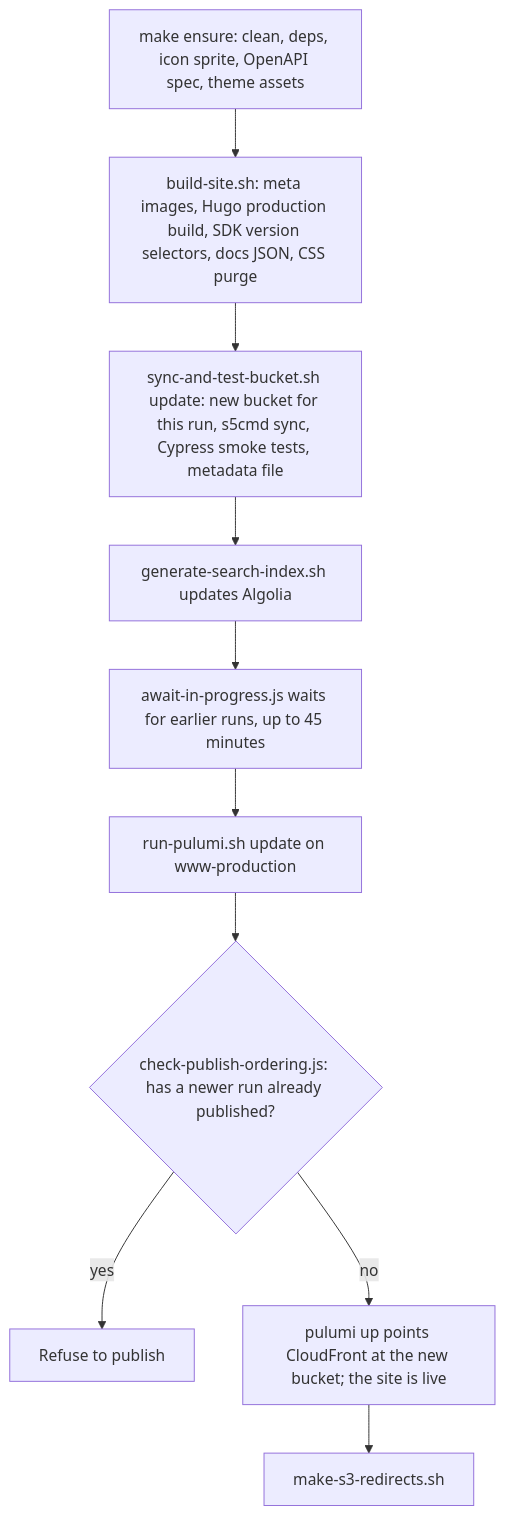
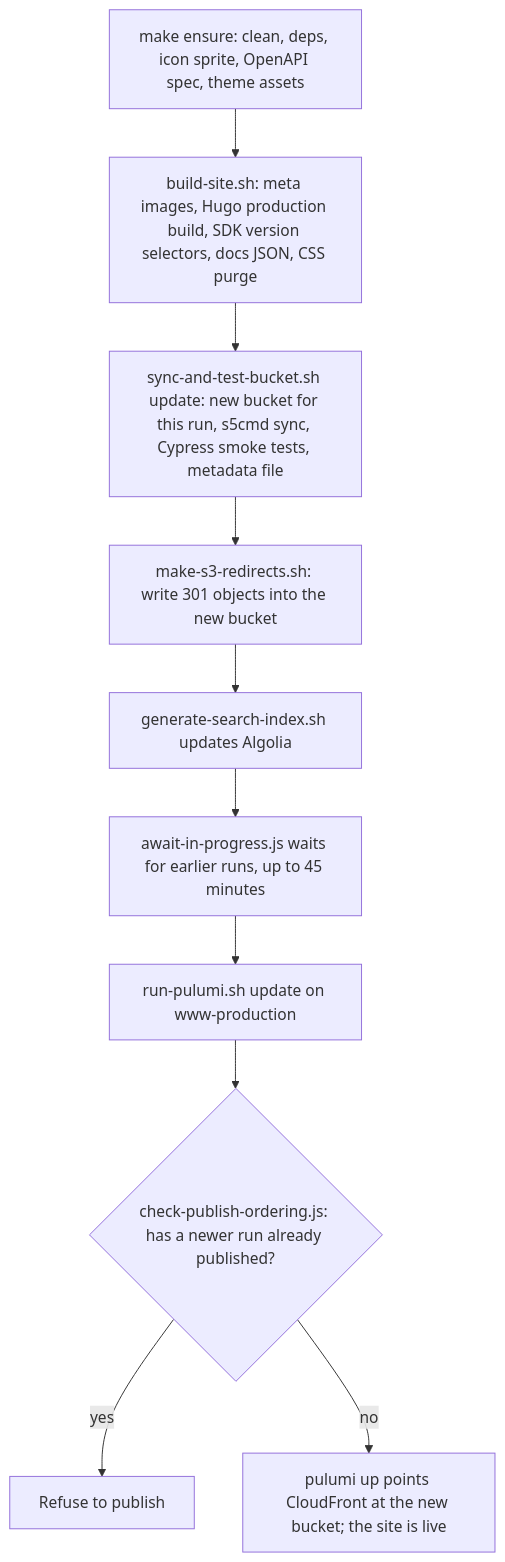
One commit to pulumi/docs changed the third of 9 diagrams in BUILD-AND-DEPLOY.md. Above: the diagram before and after it, drawn with Mermaid. The commit also changed 2 other files, not shown here.

Commit message:
Create S3 redirect objects before CloudFront switches to the new bucket

````diff
--- a/BUILD-AND-DEPLOY.md
+++ b/BUILD-AND-DEPLOY.md
@@ -1122,12 +1122,12 @@
 ```mermaid
 flowchart TD
   EN["`make ensure: clean, deps, icon sprite, OpenAPI spec, theme assets`"] --> BS["`build-site.sh: meta images, Hugo production build, SDK version selectors, docs JSON, CSS purge`"]
   BS --> SY["`sync-and-test-bucket.sh update: new bucket for this run, s5cmd sync, Cypress smoke tests, metadata file`"]
-  SY --> SI["`generate-search-index.sh updates Algolia`"]
+  SY --> RD["`make-s3-redirects.sh: write 301 objects into the new bucket`"]
+  RD --> SI["`generate-search-index.sh updates Algolia`"]
   SI --> AW["`await-in-progress.js waits for earlier runs, up to 45 minutes`"]
   AW --> RP["`run-pulumi.sh update on www-production`"]
   RP --> OR{"`check-publish-ordering.js: has a newer run already published?`"}
   OR -->|yes| STOP["`Refuse to publish`"]
   OR -->|no| UP["`pulumi up points CloudFront at the new bucket; the site is live`"]
-  UP --> RD["`make-s3-redirects.sh`"]
 ```
````
